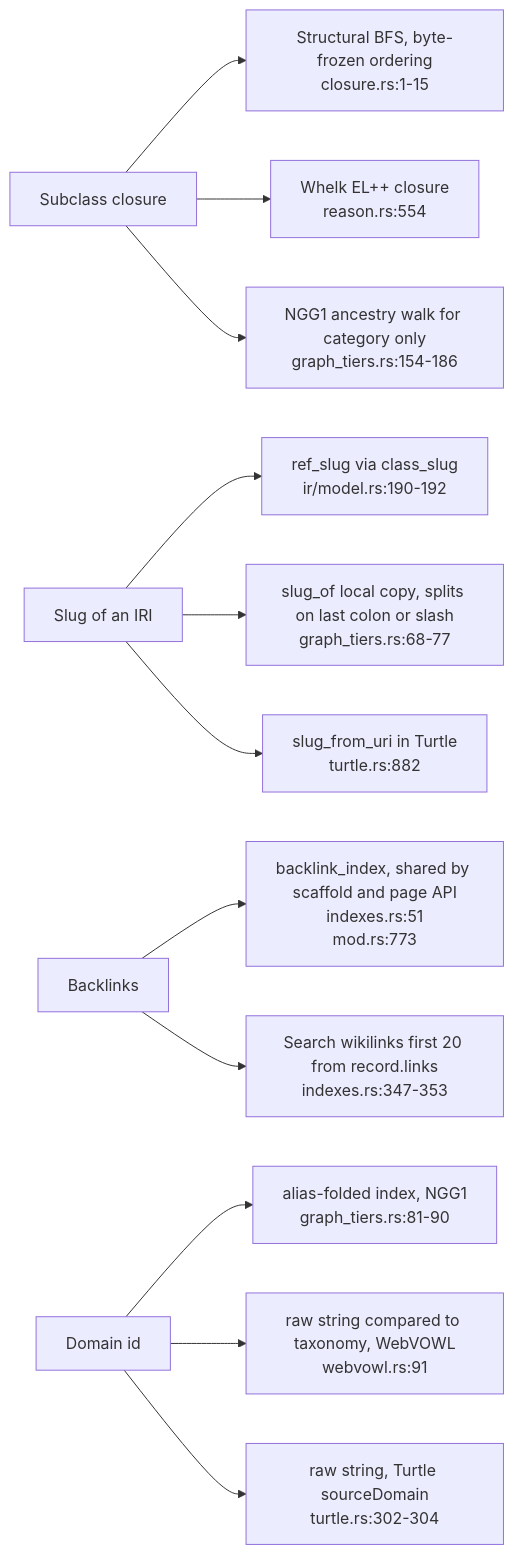
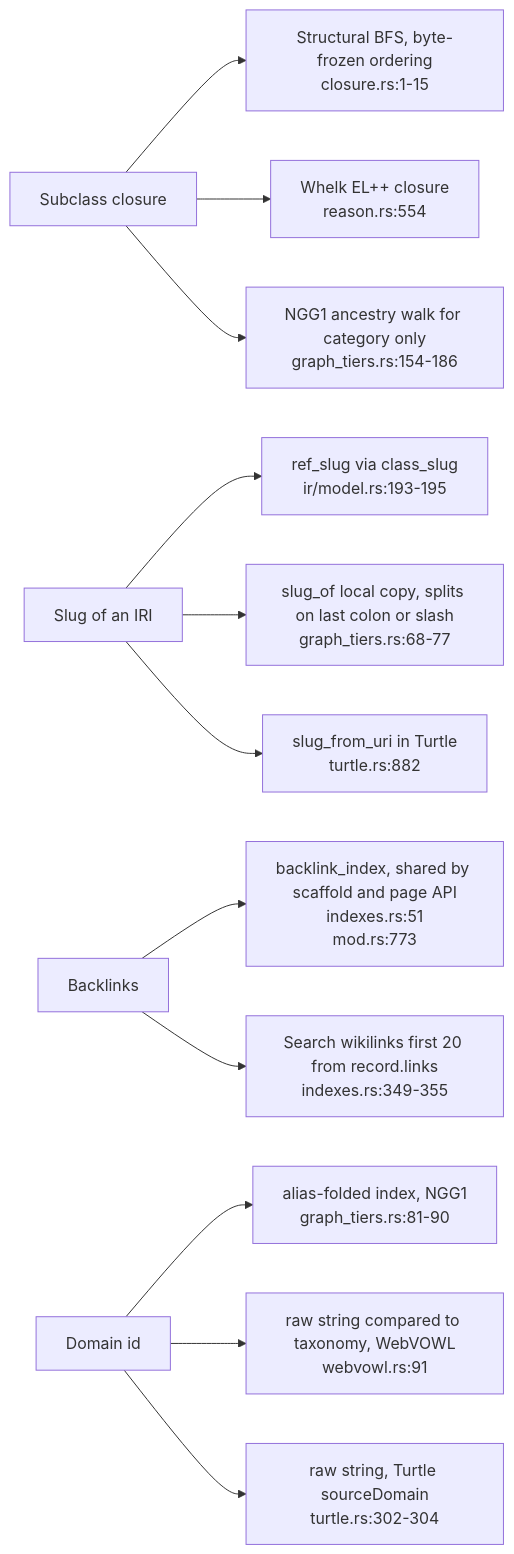
Before and after one commit to DreamLab-AI/VisionFlow: the seventh of 7 diagrams in docs/diagrams/ontomark/04-emitters-turtle-indexes-tiers-and-contract-c3.md, drawn with Mermaid. The commit also changed other lines of this file and 70 other files, not shown here.

First line of the commit message:
docs(diagrams): re-verify 69 topics at current default-branch heads

````diff
--- a/docs/diagrams/ontomark/04-emitters-turtle-indexes-tiers-and-contract-c3.md
+++ b/docs/diagrams/ontomark/04-emitters-turtle-indexes-tiers-and-contract-c3.md
@@ -239,22 +242,22 @@
 ```mermaid
 flowchart LR
     SUBC["Subclass closure"]
     SUBC1["Structural BFS, byte-frozen ordering<br/>closure.rs:1-15"]
     SUBC2["Whelk EL++ closure<br/>reason.rs:554"]
     SUBC3["NGG1 ancestry walk for category only<br/>graph_tiers.rs:154-186"]
     SLUG["Slug of an IRI"]
-    SLUG1["ref_slug via class_slug<br/>ir/model.rs:190-192"]
+    SLUG1["ref_slug via class_slug<br/>ir/model.rs:193-195"]
     SLUG2["slug_of local copy, splits on last colon or slash<br/>graph_tiers.rs:68-77"]
     SLUG3["slug_from_uri in Turtle<br/>turtle.rs:882"]
     BLK["Backlinks"]
     BLK1["backlink_index, shared by scaffold and page API<br/>indexes.rs:51<br/>mod.rs:773"]
-    BLK2["Search wikilinks first 20 from record.links<br/>indexes.rs:347-353"]
+    BLK2["Search wikilinks first 20 from record.links<br/>indexes.rs:349-355"]
     DOMN["Domain id"]
     DOMN1["alias-folded index, NGG1<br/>graph_tiers.rs:81-90"]
     DOMN2["raw string compared to taxonomy, WebVOWL<br/>webvowl.rs:91"]
     DOMN3["raw string, Turtle sourceDomain<br/>turtle.rs:302-304"]
     SUBC --> SUBC1 & SUBC2 & SUBC3
     SLUG --> SLUG1 & SLUG2 & SLUG3
     BLK --> BLK1 & BLK2
     DOMN --> DOMN1 & DOMN2 & DOMN3
 ```
````
